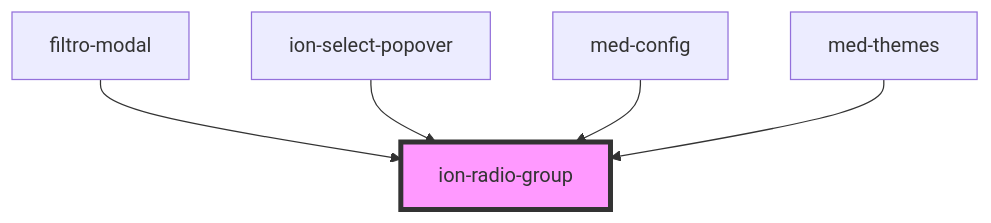
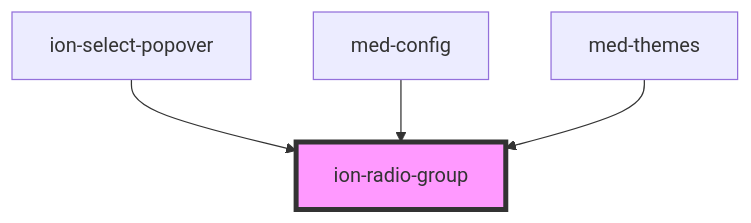
Before and after one commit to MEDGRUPOGIT/ionic-framework-1: the diagram in core/src/components/radio-group/readme.md, drawn with Mermaid. The commit also changed other lines of this file and 486 other files, not shown here.

````diff
--- a/core/src/components/radio-group/readme.md
+++ b/core/src/components/radio-group/readme.md
@@ -247,8 +246,7 @@
 ```mermaid
 graph TD;
-  filtro-modal --> ion-radio-group
   ion-select-popover --> ion-radio-group
   med-config --> ion-radio-group
   med-themes --> ion-radio-group
   style ion-radio-group fill:#f9f,stroke:#333,stroke-width:4px
 ```
````
